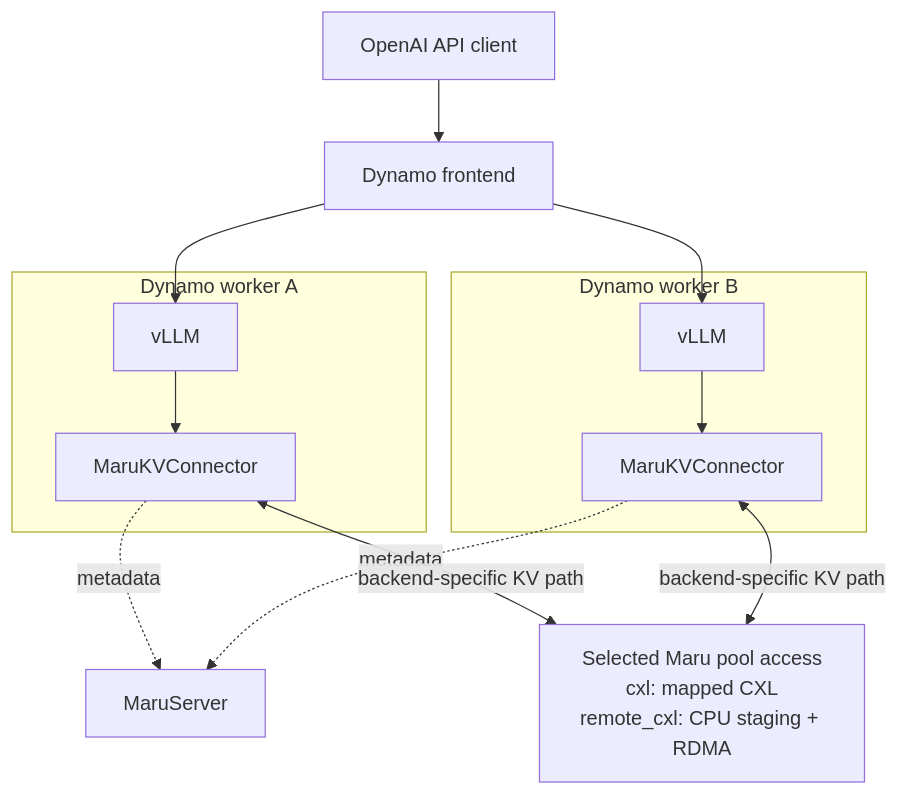
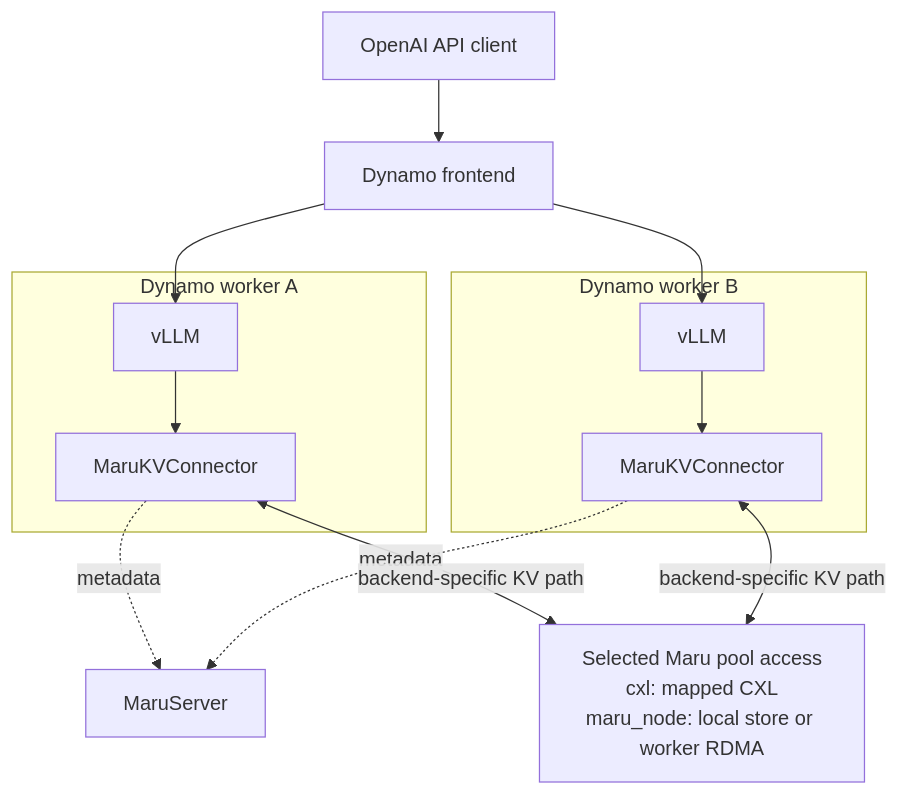
Before and after one commit to xcena-dev/maru: the diagram in docs/source/integration/dynamo.md, drawn with Mermaid. The commit also changed other lines of this file and 50 other files, not shown here.

Commit message:
docs: describe the node StorageService and moving from cpu, mixed and remote_cxl

````diff
--- a/docs/source/integration/dynamo.md
+++ b/docs/source/integration/dynamo.md
@@ -14,13 +9,13 @@
 ```mermaid
 flowchart TB
     Client["OpenAI API client"] --> FE["Dynamo frontend"]
     subgraph W0["Dynamo worker A"]
         V0["vLLM"] --> C0["MaruKVConnector"]
     end
     subgraph W1["Dynamo worker B"]
         V1["vLLM"] --> C1["MaruKVConnector"]
     end
     FE --> V0 & V1
     C0 & C1 -.->|"metadata"| MS["MaruServer"]
-    C0 & C1 <-->|"backend-specific KV path"| Pool["Selected Maru pool access<br/>cxl: mapped CXL<br/>remote_cxl: CPU staging + RDMA"]
+    C0 & C1 <-->|"backend-specific KV path"| Pool["Selected Maru pool access<br/>cxl: mapped CXL<br/>maru_node: local store or worker RDMA"]
 ```
````
